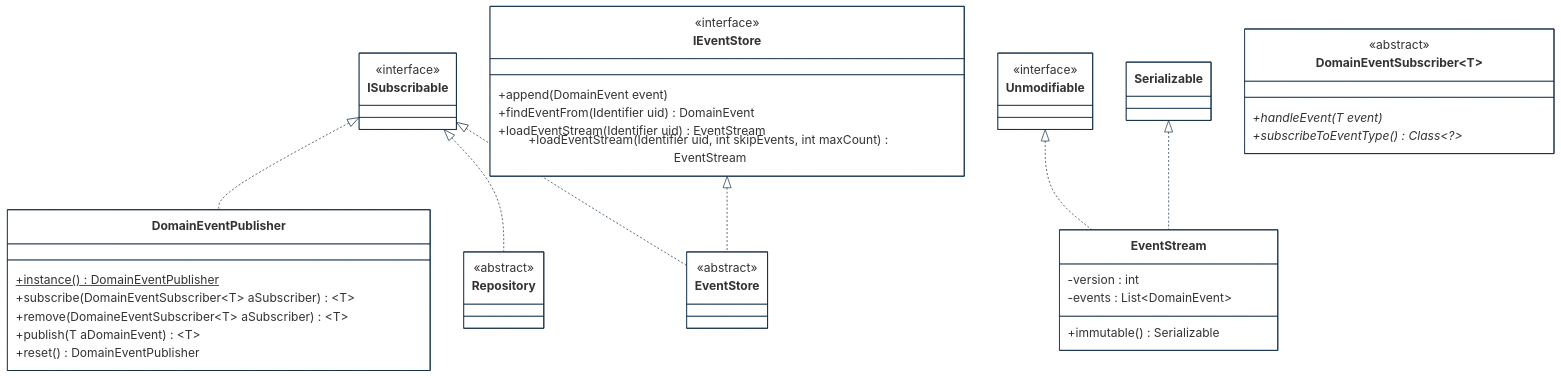
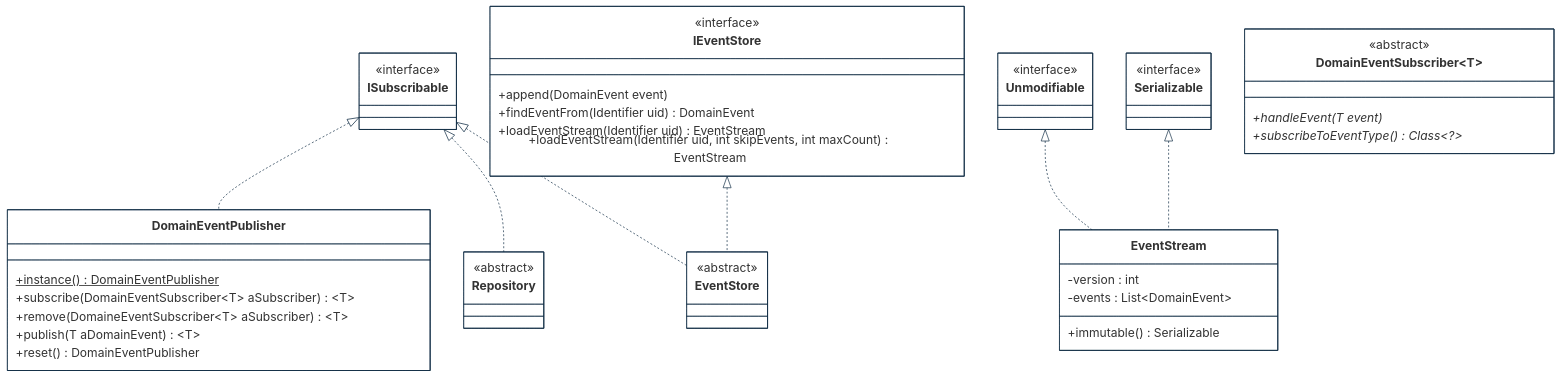
One commit to cybnity/foundation changed the fourth of 6 diagrams in implementations-line/framework/domain/designview-packages.md. Above: the diagram before and after it, drawn with Mermaid. The commit also changed other lines of this file, not shown here.

````diff
--- a/implementations-line/framework/domain/designview-packages.md
+++ b/implementations-line/framework/domain/designview-packages.md
@@ -173,64 +185,67 @@
 ```mermaid
 %%{
   init: {
     'theme': 'base',
     'themeVariables': {
         'background': '#ffffff',
         'fontFamily': 'arial',
         'fontSize': '18px',
         'primaryColor': '#fff',
         'primaryBorderColor': '#0e2a43',
         'secondaryBorderColor': '#0e2a43',
         'tertiaryBorderColor': '#0e2a43',
         'edgeLabelBackground':'#0e2a43',
         'lineColor': '#0e2a43',
         'tertiaryColor': '#fff'
     }
   }
 }%%
 classDiagram
     ISubscribable <|.. DomainEventPublisher
     ISubscribable <|.. Repository
     ISubscribable <|.. EventStore
     IEventStore <|.. EventStore
     Unmodifiable <|.. EventStream
     Serializable <|.. EventStream
 
+    class Serializable {
+        <<interface>>
+    }
     class ISubscribable {
         <<interface>>
     }
     class EventStore {
         <<abstract>>
     }
     class IEventStore {
         <<interface>>
         +append(DomainEvent event)
         +findEventFrom(Identifier uid) DomainEvent
         +loadEventStream(Identifier uid) EventStream
         +loadEventStream(Identifier uid, int skipEvents, int maxCount) EventStream
     }
     class Repository {
         <<abstract>>
     }
     class DomainEventSubscriber~T~ {
         <<abstract>>
         +handleEvent(T event)*
         +subscribeToEventType()* Class~?~
     }
     class DomainEventPublisher {
         +instance()$ DomainEventPublisher
         +subscribe(DomainEventSubscriber~T~ aSubscriber) ~T~
         +remove(DomaineEventSubscriber~T~ aSubscriber) ~T~
         +publish(T aDomainEvent) ~T~
         +reset() DomainEventPublisher
     }
     class EventStream {
         -version : int
         -events : List~DomainEvent~
         +immutable() Serializable
     }
     class Unmodifiable {
         <<interface>>
     }
 
 ```
````
